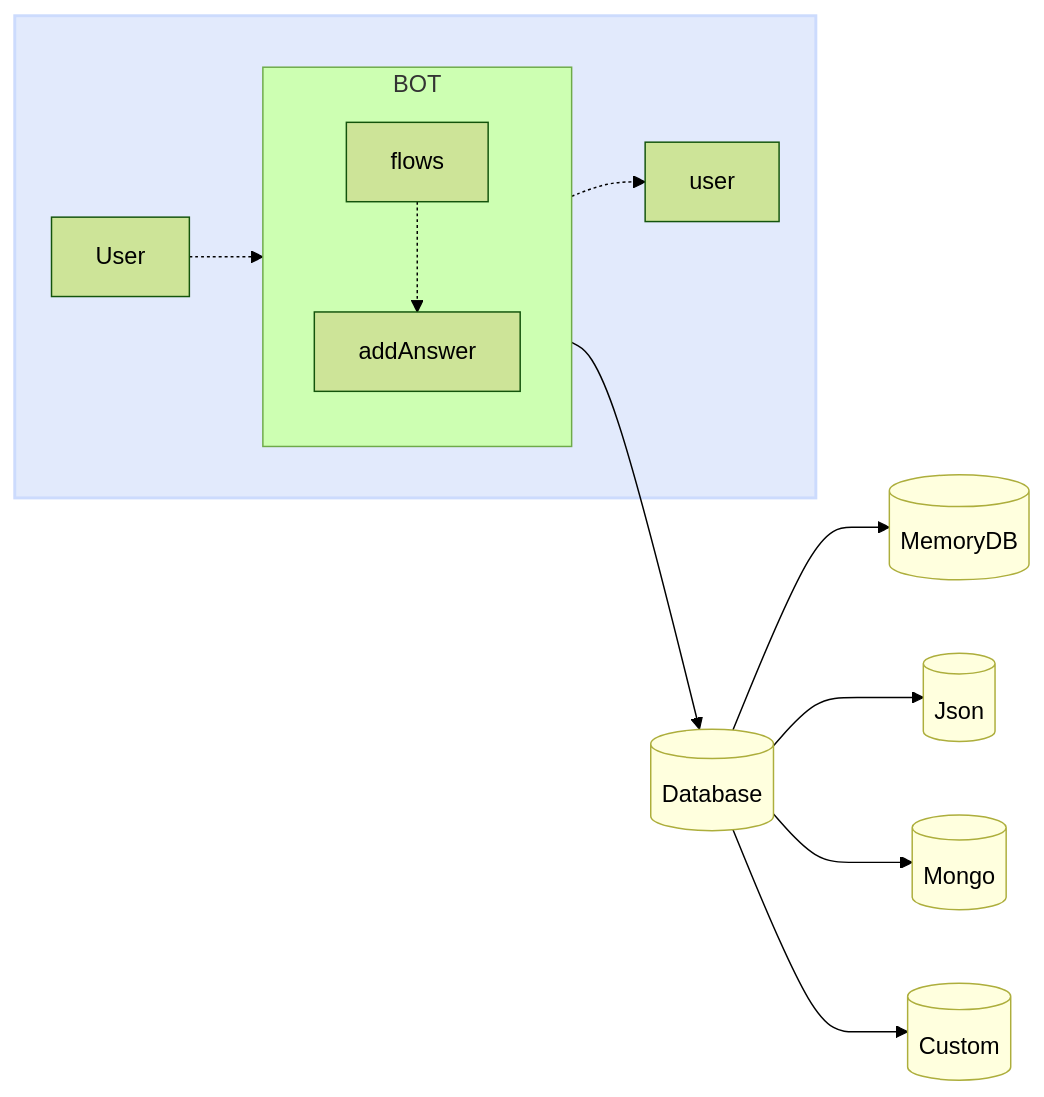
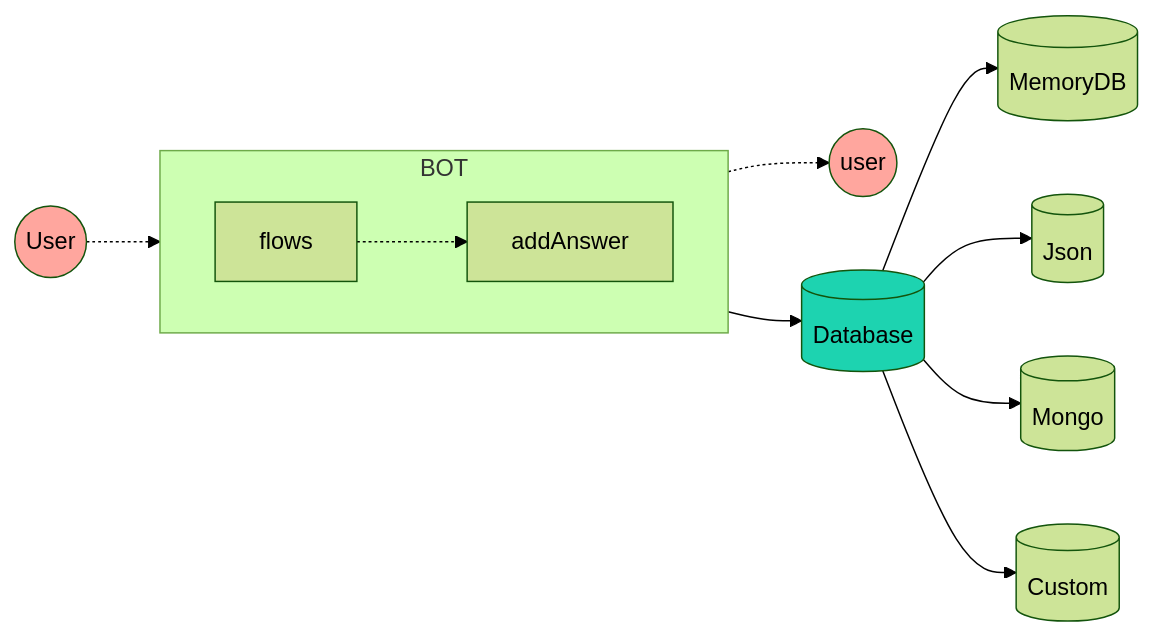
The diagram in src/pages/en/databases/index.mdx (codigoencasa/documentation), drawn with Mermaid (forest theme) before and after one commit. The commit also changed 51 other files, not shown here.

````diff
--- a/src/pages/en/databases/index.mdx
+++ b/src/pages/en/databases/index.mdx
@@ -19,30 +19,17 @@
 ```mermaid
 flowchart LR
-      subgraph sub1[ ]
-        style sub1 fill:#e2eafc,stroke:#ccdbfd,stroke-width:2px
-        subgraph wsProvider[BOT]
-            direction TB
-            top1["flows"] -.-> bottom1[addAnswer]
-        end
-        User -.-> top1
-        bottom1 -.-> user
-      end
-        zn1[(MemoryDB)]
-        zn2[(Json)]
-        zn3[(Mongo)]
-        zn4[(Custom)]
-
-        wsProvider --> C[(Database)]
-        C --> zn1
-        C --> zn2
-        C --> zn3
-        C --> zn4
-
-        style C fill:#FFFFDE,stroke:#ADAE3C,stroke-width:1px
-        style zn1 fill:#FFFFDE,stroke:#ADAE3C,stroke-width:1px
-        style zn2 fill:#FFFFDE,stroke:#ADAE3C,stroke-width:1px
-        style zn3 fill:#FFFFDE,stroke:#ADAE3C,stroke-width:1px
-        style zn4 fill:#FFFFDE,stroke:#ADAE3C,stroke-width:1px
-    
-
+    User((User)) -.-> flows
+    subgraph BOT
+        direction LR
+        flows["flows"] -.-> addAnswer["addAnswer"]
+    end
+    addAnswer -.-> reply((user))
+    BOT --> Database[(Database)]
+    Database --> MemoryDB[(MemoryDB)]
+    Database --> Json[(Json)]
+    Database --> Mongo[(Mongo)]
+    Database --> Custom[(Custom)]
+    style User fill:#ffa69e
+    style reply fill:#ffa69e
+    style Database fill:#1dd3b0
 ```
````
